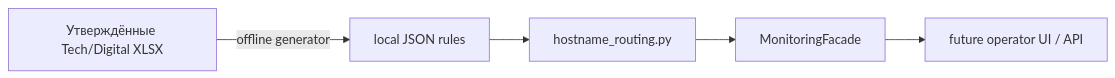
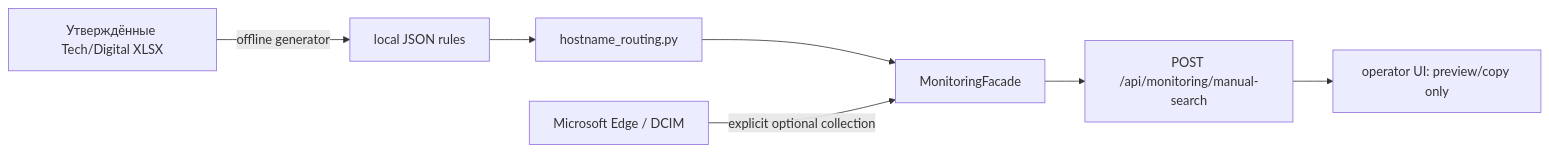
Before and after one commit to lokolis28282/prak_mai: the diagram in docs/MONITORING_HOSTNAME_ROUTING.md, drawn with Mermaid. The commit also changed other lines of this file and 39 other files, not shown here.

````diff
--- a/docs/MONITORING_HOSTNAME_ROUTING.md
+++ b/docs/MONITORING_HOSTNAME_ROUTING.md
@@ -10,7 +12,9 @@
 ```mermaid
 flowchart LR
   A["Утверждённые Tech/Digital XLSX"] -->|"offline generator"| B["local JSON rules"]
   B --> C["hostname_routing.py"]
   C --> D["MonitoringFacade"]
-  D --> E["future operator UI / API"]
+  D --> E["POST /api/monitoring/manual-search"]
+  E --> F["operator UI: preview/copy only"]
+  G["Microsoft Edge / DCIM"] -->|"explicit optional collection"| D
 ```
````
